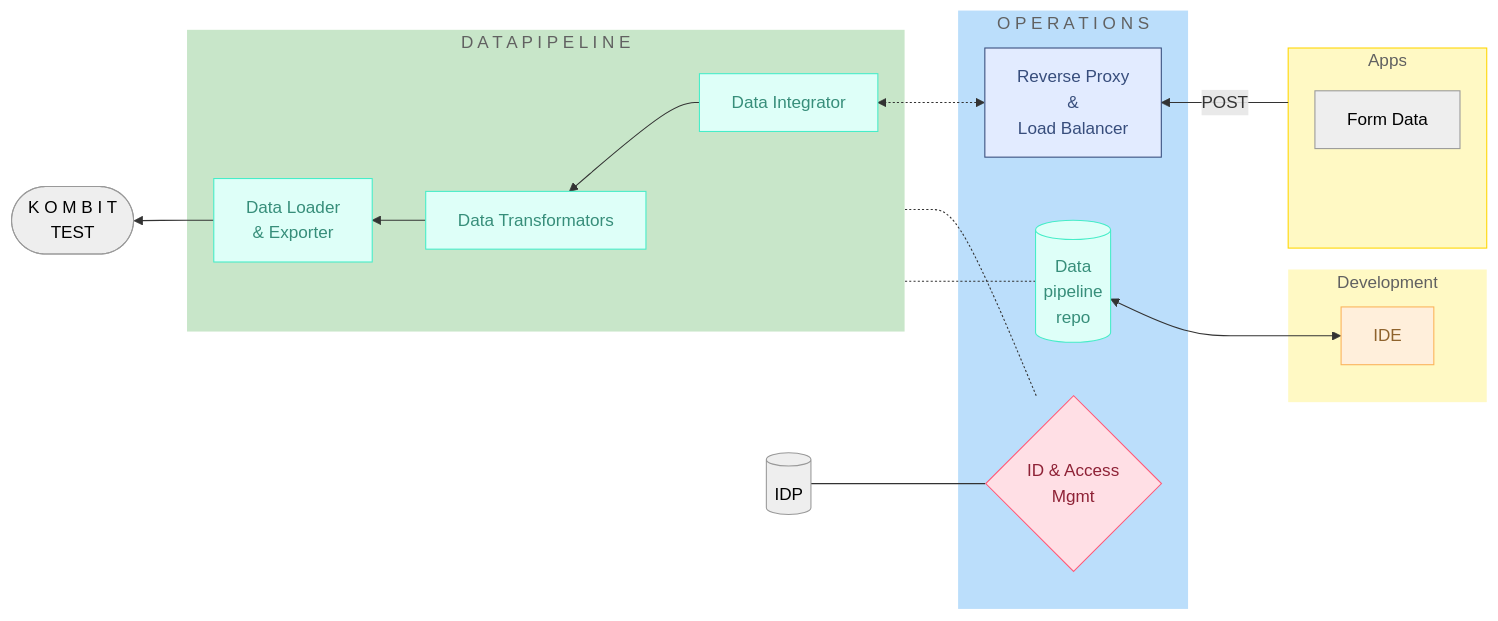
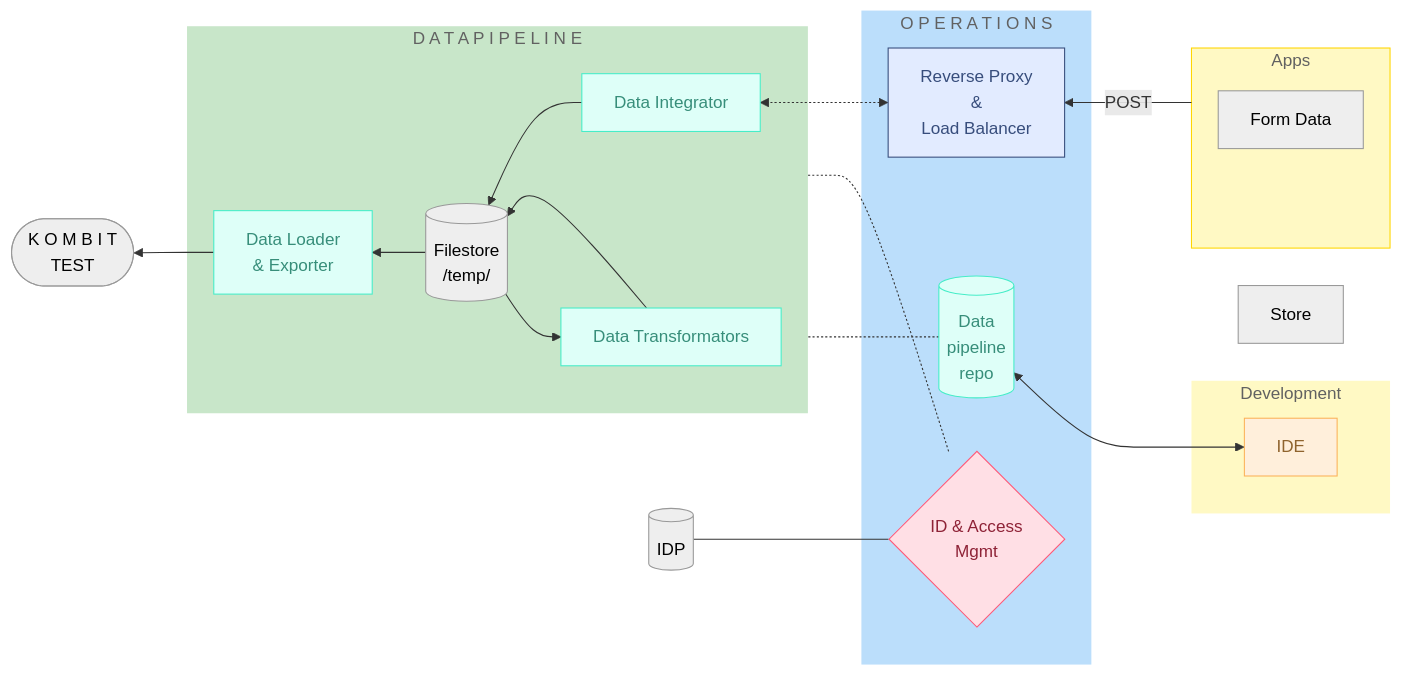
One commit to OS2sandbox/connector changed the first of 2 diagrams in docs/PoC_architecture.md. Above: the diagram before and after it, drawn with Mermaid.

Commit message:
docs(architecture): Add shared file store to ETL pipeline diagram
Update architectural drawing to include a shared file store for the PoC,
illustrating simple, file-based data exchange between microservices.

- Depicts inter-service communication via shared files
- Visualizes container isolation with common data access point
- Illustrates minimized infrastructure complexity in the diagram
- Shows potential for easy debugging and monitoring of data flow
- Represents a flexible foundation for future architectural iterations

````diff
--- a/docs/PoC_architecture.md
+++ b/docs/PoC_architecture.md
@@ -11,69 +11,63 @@
 ```mermaid
 flowchart RL
-    subgraph Datapipeline["D A T A  P I P E L I N E"]
+ subgraph Datapipeline["D A T A  P I P E L I N E"]
         n12["Data Transformators"]
         n10["Data Integrator"]
-        DL["Data Loader <br>& Exporter"]
-    end
-
-    subgraph Services["O P E R A T I O N S"]
-        n15["Reverse Proxy <br>&<br> Load Balancer"]
+        DL["Data Loader <br>&amp; Exporter"]
+        ST[("Filestore<br>/temp/")]
+  end
+ subgraph Services["O P E R A T I O N S"]
+        n15["Reverse Proxy <br>&amp;<br> Load Balancer"]
         opsconf[("Data<br>pipeline<br>repo")]
-        id{"ID & Access<br>Mgmt"}
-    end
-
-    subgraph Apps["Apps"]
+        id{"ID &amp; Access<br>Mgmt"}
+  end
+ subgraph Apps["Apps"]
         s3["Form Data"]
-    end
-
-    subgraph Development["Development"]
+  end
+ subgraph Development["Development"]
         ide["IDE"]
-    end
-
+  end
     s3 ~~~ opsconf
     n15 <-.-> n10
-    n10 --> n12
+    n10 --> ST
+    ST --> n12 & DL
+    n12 --> ST
     ide <--> opsconf
     id -.- Datapipeline
     opsconf -.- Datapipeline
     id --- IDP[("IDP")]
-    n12 --> DL
     DL --> n16(["K O M B I T <br> TEST"])
-    Apps -->|POST| n15
+    Apps -- POST --> n15
+    Store["Store"]
 
-    %% Node styles
-    n12:::Aqua
-    n10:::Sky
-    n10:::Aqua
-    DL:::Aqua
-    n15:::Sky
-    opsconf:::Aqua
-    id:::Rose
-    s3:::Ash
-    ide:::Peach
-    Datapipeline:::Aqua
-    IDP:::Rose
-    IDP:::Ash
-    n16:::Ash
-
-    %% Node shapes
-    n12:::procs
-    n10:::in-out
-    DL:::out-in
-    n15:::decision
-    s3:::div-proc
-    ide:::loop-limit
-
-    %% Class definitions
+     n12:::Aqua
+     n12:::procs
+     n10:::Sky
+     n10:::Aqua
+     n10:::in-out
+     DL:::Aqua
+     DL:::out-in
+     ST:::Ash
+     n15:::Sky
+     n15:::decision
+     opsconf:::Aqua
+     id:::Rose
+     s3:::Ash
+     s3:::div-proc
+     ide:::Peach
+     ide:::loop-limit
+     Datapipeline:::Aqua
+     IDP:::Rose
+     IDP:::Ash
+     n16:::Ash
+     Store:::Ash
     classDef Peach stroke-width:1px,stroke-dasharray:none,stroke:#FBB35A,fill:#FFEFDB,color:#8F632D
     classDef Rose stroke-width:1px,stroke-dasharray:none,stroke:#FF5978,fill:#FFDFE5,color:#8E2236
     classDef Sky stroke-width:1px,stroke-dasharray:none,stroke:#374D7C,fill:#E2EBFF,color:#374D7C
     classDef Aqua stroke-width:1px,stroke-dasharray:none,stroke:#46EDC8,fill:#DEFFF8,color:#378E7A
-    classDef Ash stroke-width:1px,stroke-dasharray:none,stroke:#999999,fill:#EEEEEE,color:#000000
-
-    %% Custom styles
+    classDef Ash stroke-width:1px, stroke-dasharray:none, stroke:#999999, fill:#EEEEEE, color:#000000
     style Datapipeline color:#616161,fill:#C8E6C9,stroke:none
     style Apps color:#616161,fill:#FFF9C4,stroke:#FFD600
     style Services color:#616161,fill:#BBDEFB,stroke:none
     style Development color:#616161,fill:#FFF9C4,stroke:none
 ```
````
